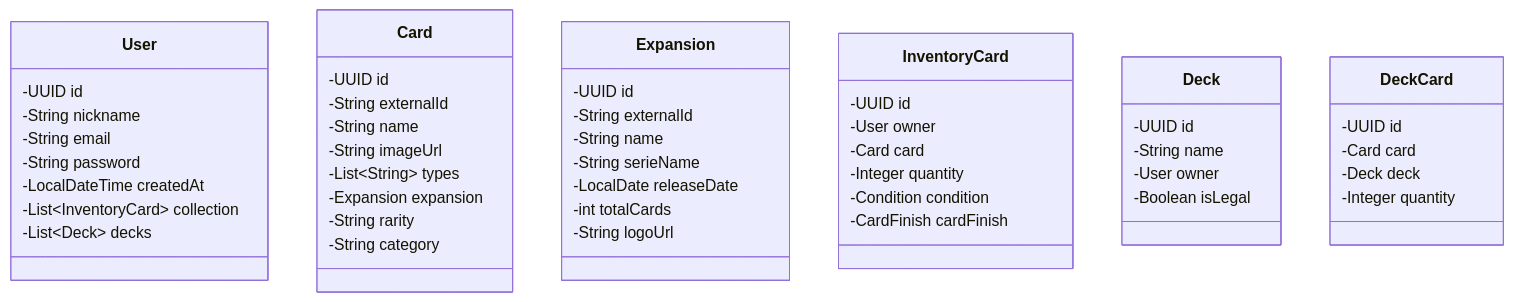
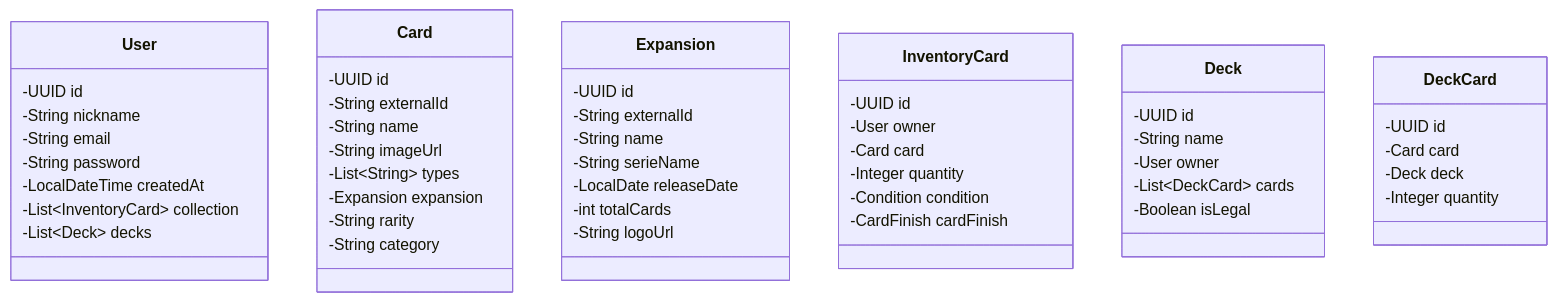
One commit to Cadimodev/silph-engine changed the diagram in README.md. Above: the diagram before and after it, drawn with Mermaid.

````diff
--- a/README.md
+++ b/README.md
@@ -40,44 +40,46 @@
 ```mermaid
 classDiagram
     User: -UUID id
     User: -String nickname
     User: -String email
     User: -String password
     User: -LocalDateTime createdAt
     User: -List~InventoryCard~ collection
     User: -List~Deck~ decks
 
     Card: -UUID id
     Card: -String externalId
     Card: -String name
     Card: -String imageUrl
     Card: -List~String~ types
     Card: -Expansion expansion
     Card: -String rarity
     Card: -String category
 
     Expansion: -UUID id
     Expansion: -String externalId
     Expansion: -String name
     Expansion: -String serieName
     Expansion: -LocalDate releaseDate
     Expansion: -int totalCards
     Expansion: -String logoUrl
 
     InventoryCard: -UUID id
     InventoryCard: -User owner
     InventoryCard: -Card card
     InventoryCard: -Integer quantity
     InventoryCard: -Condition condition
     InventoryCard: -CardFinish cardFinish
 
     Deck: -UUID id
     Deck: -String name
     Deck: -User owner
+    Deck: -List~DeckCard~ cards
     Deck: -Boolean isLegal
 
     DeckCard: -UUID id
     DeckCard: -Card card
     DeckCard: -Deck deck
     DeckCard: -Integer quantity
+
 ```
````
